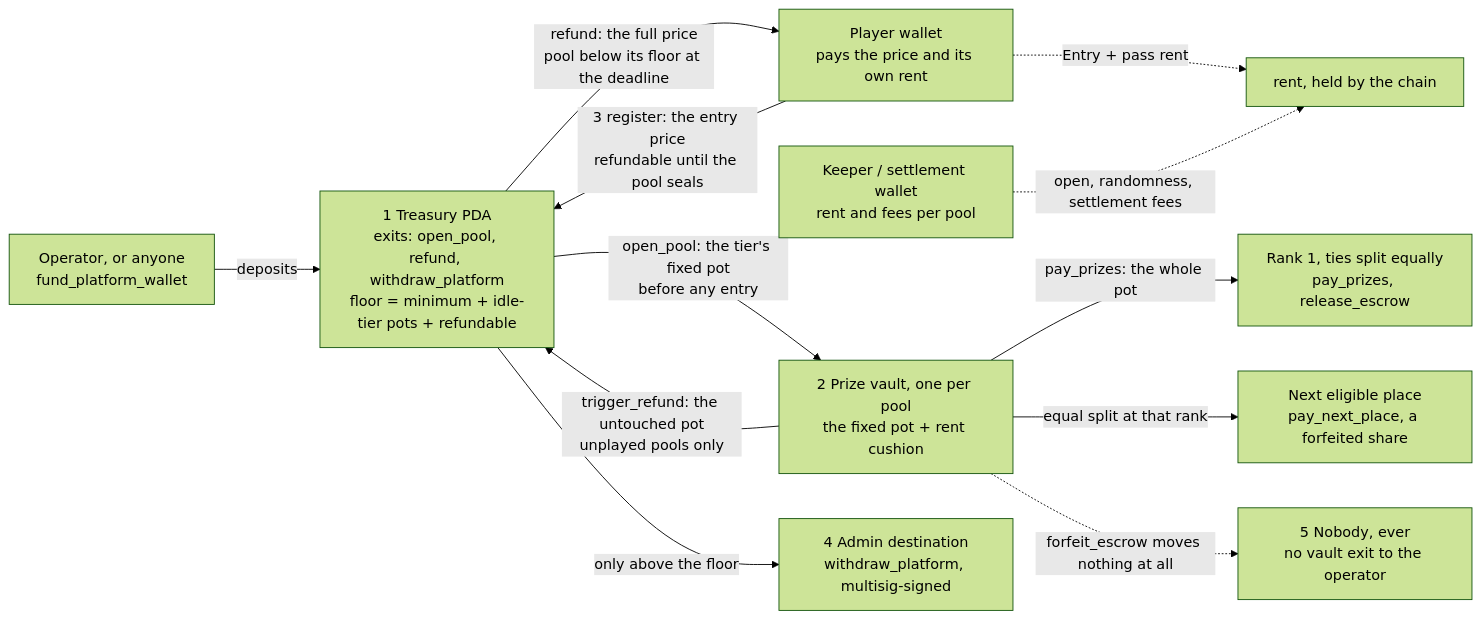
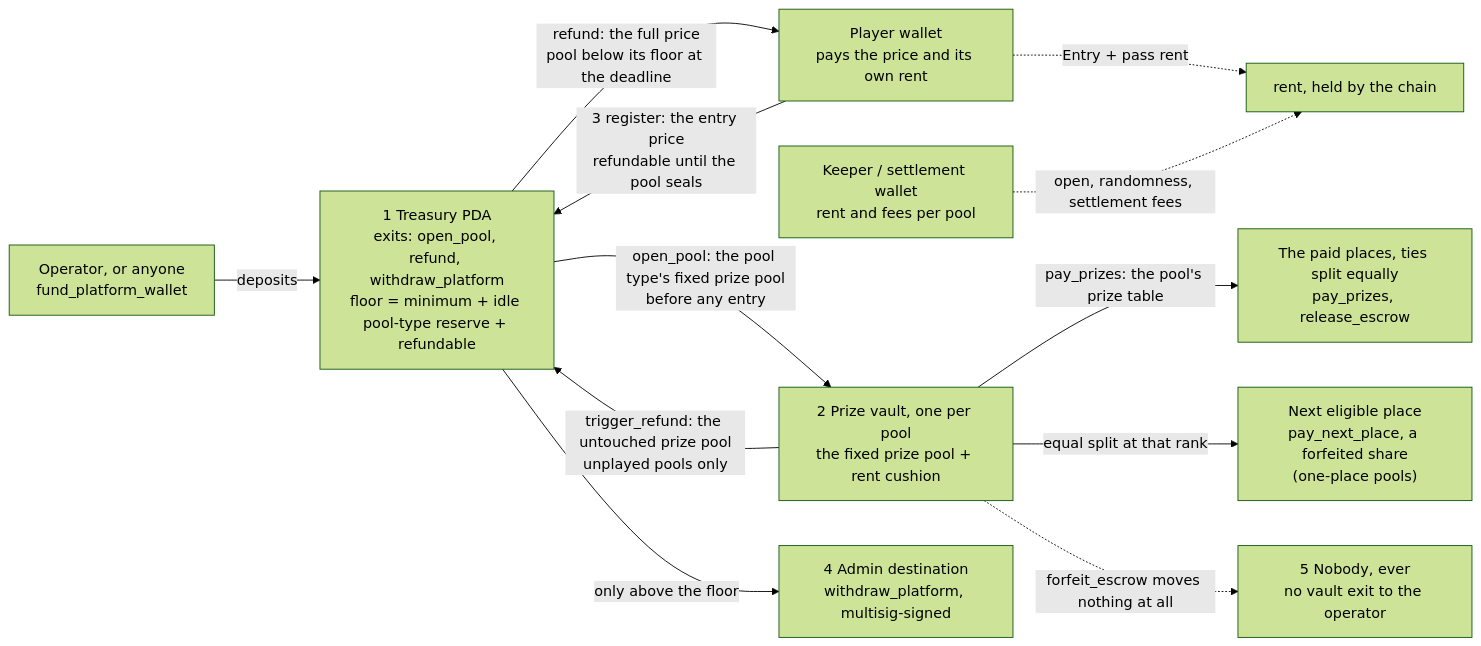
Before and after one commit to tomtblock/blotto: the fifth of 7 diagrams in docs/architecture/DIAGRAMS.md, drawn with Mermaid (forest theme). The commit also changed other lines of this file and 16 other files, not shown here.

````diff
--- a/docs/architecture/DIAGRAMS.md
+++ b/docs/architecture/DIAGRAMS.md
@@ -257,23 +272,23 @@
 ```mermaid
 flowchart LR
   FUNDER["Operator, or anyone<br/>fund_platform_wallet"]
   PLAYER["Player wallet<br/>pays the price and its own rent"]
   KEEPER["Keeper / settlement wallet<br/>rent and fees per pool"]
-  TREAS["1 Treasury PDA<br/>exits: open_pool, refund, withdraw_platform<br/>floor = minimum + idle-tier pots + refundable"]
-  VAULT["2 Prize vault, one per pool<br/>the fixed pot + rent cushion"]
+  TREAS["1 Treasury PDA<br/>exits: open_pool, refund, withdraw_platform<br/>floor = minimum + idle pool-type reserve + refundable"]
+  VAULT["2 Prize vault, one per pool<br/>the fixed prize pool + rent cushion"]
   ADMIN["4 Admin destination<br/>withdraw_platform, multisig-signed"]
-  WINNER["Rank 1, ties split equally<br/>pay_prizes, release_escrow"]
-  NEXT["Next eligible place<br/>pay_next_place, a forfeited share"]
+  WINNER["The paid places, ties split equally<br/>pay_prizes, release_escrow"]
+  NEXT["Next eligible place<br/>pay_next_place, a forfeited share<br/>(one-place pools)"]
   NOBODY["5 Nobody, ever<br/>no vault exit to the operator"]
   FUNDER -- "deposits" --> TREAS
   PLAYER -- "3 register: the entry price<br/>refundable until the pool seals" --> TREAS
   TREAS -- "refund: the full price<br/>pool below its floor at the deadline" --> PLAYER
-  TREAS -- "open_pool: the tier's fixed pot<br/>before any entry" --> VAULT
-  VAULT -- "trigger_refund: the untouched pot<br/>unplayed pools only" --> TREAS
+  TREAS -- "open_pool: the pool type's fixed prize pool<br/>before any entry" --> VAULT
+  VAULT -- "trigger_refund: the untouched prize pool<br/>unplayed pools only" --> TREAS
   TREAS -- "only above the floor" --> ADMIN
-  VAULT -- "pay_prizes: the whole pot" --> WINNER
+  VAULT -- "pay_prizes: the pool's prize table" --> WINNER
   VAULT -- "equal split at that rank" --> NEXT
   VAULT -. "forfeit_escrow moves nothing at all" .-> NOBODY
   PLAYER -. "Entry + pass rent" .-> CHAIN["rent, held by the chain"]
   KEEPER -. "open, randomness, settlement fees" .-> CHAIN
 ```
````
